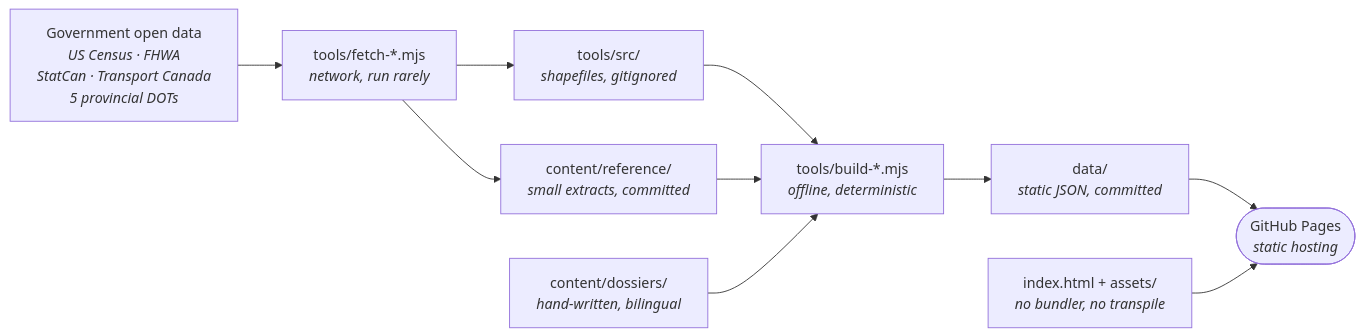
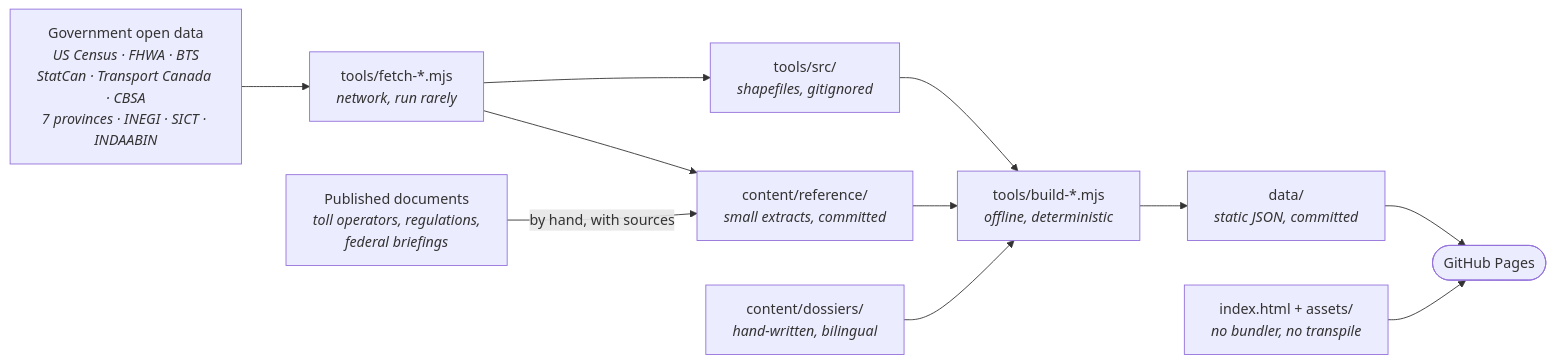
One commit to AndyUneducated/interstate-atlas changed the diagram in README.md. Above: the diagram before and after it, drawn with Mermaid. The commit also changed other lines of this file and 3 other files, not shown here.

````diff
--- a/README.md
+++ b/README.md
@@ -92,22 +96,24 @@
 ```mermaid
 flowchart LR
-  SRC["Government open data<br/><i>US Census · FHWA<br/>StatCan · Transport Canada<br/>5 provincial DOTs</i>"]
+  SRC["Government open data<br/><i>US Census · FHWA · BTS<br/>StatCan · Transport Canada · CBSA<br/>7 provinces · INEGI · SICT · INDAABIN</i>"]
+  OPS["Published documents<br/><i>toll operators, regulations,<br/>federal briefings</i>"]
   FETCH["tools/fetch-*.mjs<br/><i>network, run rarely</i>"]
   RAW["tools/src/<br/><i>shapefiles, gitignored</i>"]
   REF["content/reference/<br/><i>small extracts, committed</i>"]
   PROSE["content/dossiers/<br/><i>hand-written, bilingual</i>"]
   BUILD["tools/build-*.mjs<br/><i>offline, deterministic</i>"]
   DATA["data/<br/><i>static JSON, committed</i>"]
   SITE["index.html + assets/<br/><i>no bundler, no transpile</i>"]
-  PAGES(["GitHub Pages<br/><i>static hosting</i>"])
+  PAGES(["GitHub Pages"])
 
   SRC --> FETCH
   FETCH --> RAW
   FETCH --> REF
+  OPS -->|"by hand, with sources"| REF
   RAW --> BUILD
   REF --> BUILD
   PROSE --> BUILD
   BUILD --> DATA
   DATA --> PAGES
   SITE --> PAGES
 ```
````
